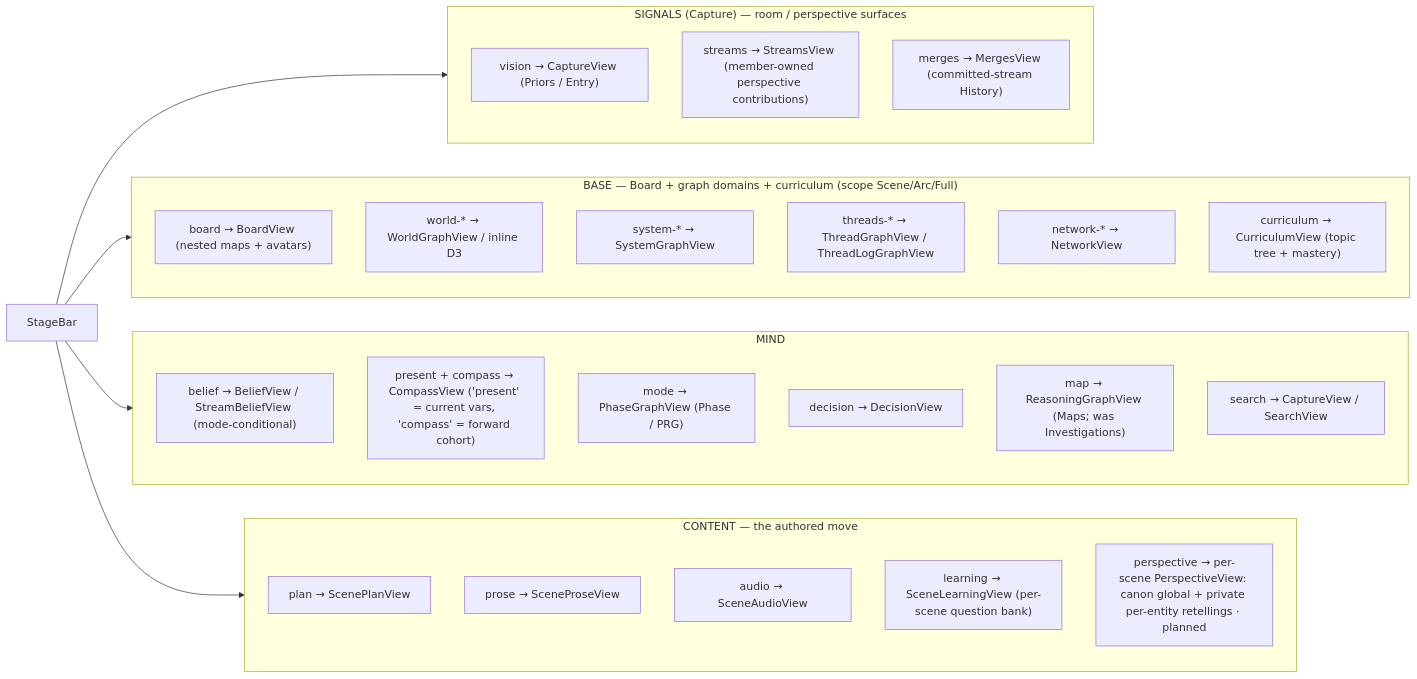
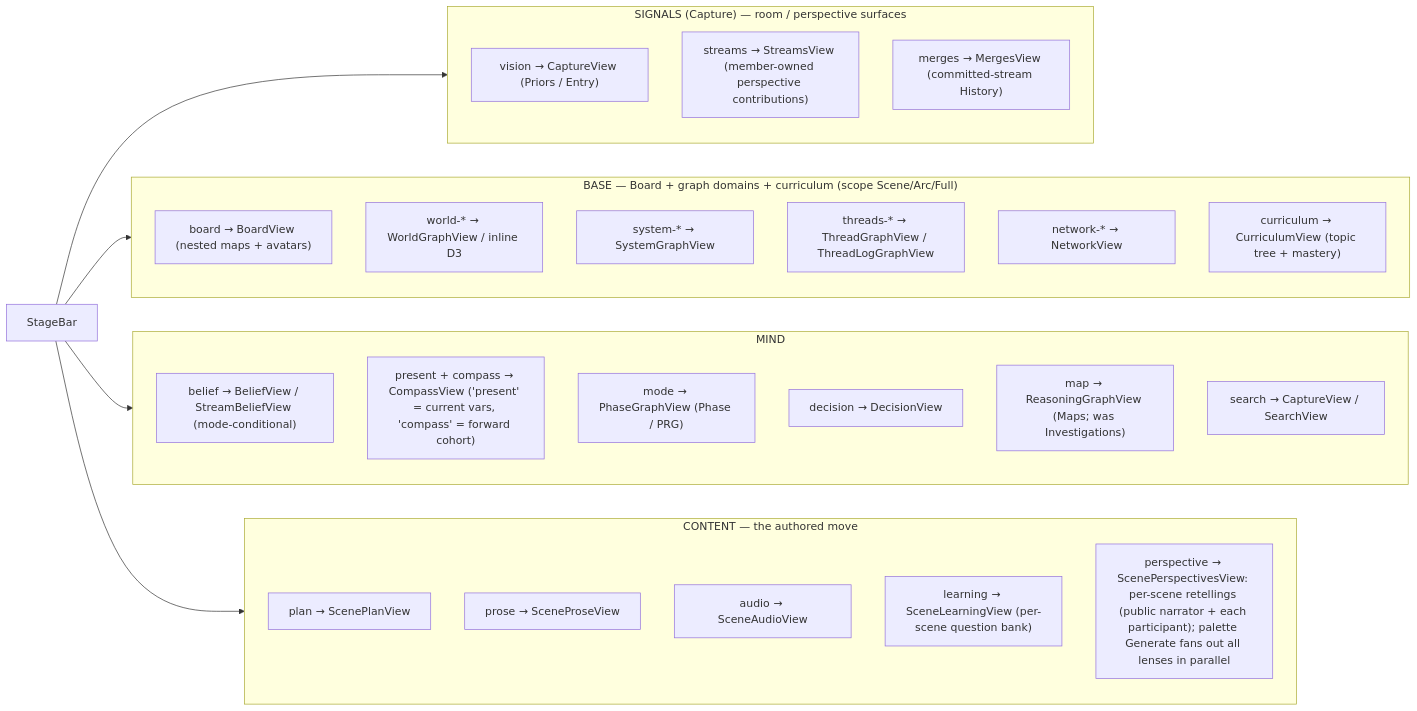
Before and after one commit to jasonyu0100/meridians: the third of 8 diagrams in MERMAID.md, drawn with Mermaid. The commit also changed 38 other files, not shown here.

````diff
--- a/MERMAID.md
+++ b/MERMAID.md
@@ -63,34 +63,34 @@
 ```mermaid
 flowchart LR
     CTB["StageBar"]
     CTB --> Signals & Base & Mind & Content
 
     subgraph Signals["SIGNALS (Capture) — room / perspective surfaces"]
         d1["vision → CaptureView (Priors / Entry)"]
         d2["streams → StreamsView (member-owned perspective contributions)"]
         d3["merges → MergesView (committed-stream History)"]
     end
     subgraph Base["BASE — Board + graph domains + curriculum (scope Scene/Arc/Full)"]
         b1["board → BoardView (nested maps + avatars)"]
         g1["world-* → WorldGraphView / inline D3"]
         g2["system-* → SystemGraphView"]
         g3["threads-* → ThreadGraphView / ThreadLogGraphView"]
         g4["network-* → NetworkView"]
         g5["curriculum → CurriculumView (topic tree + mastery)"]
     end
     subgraph Mind["MIND"]
         c1["belief → BeliefView / StreamBeliefView (mode-conditional)"]
         c2["present + compass → CompassView ('present' = current vars, 'compass' = forward cohort)"]
         c3["mode → PhaseGraphView (Phase / PRG)"]
         c4["decision → DecisionView"]
         c5["map → ReasoningGraphView (Maps; was Investigations)"]
         c6["search → CaptureView / SearchView"]
     end
     subgraph Content["CONTENT — the authored move"]
         s1["plan → ScenePlanView"]
         s2["prose → SceneProseView"]
         s3["audio → SceneAudioView"]
         s4["learning → SceneLearningView (per-scene question bank)"]
-        s5["perspective → per-scene PerspectiveView: canon global + private per-entity retellings · planned"]
+        s5["perspective → ScenePerspectivesView: per-scene retellings (public narrator + each participant); palette Generate fans out all lenses in parallel"]
     end
 ```
````
